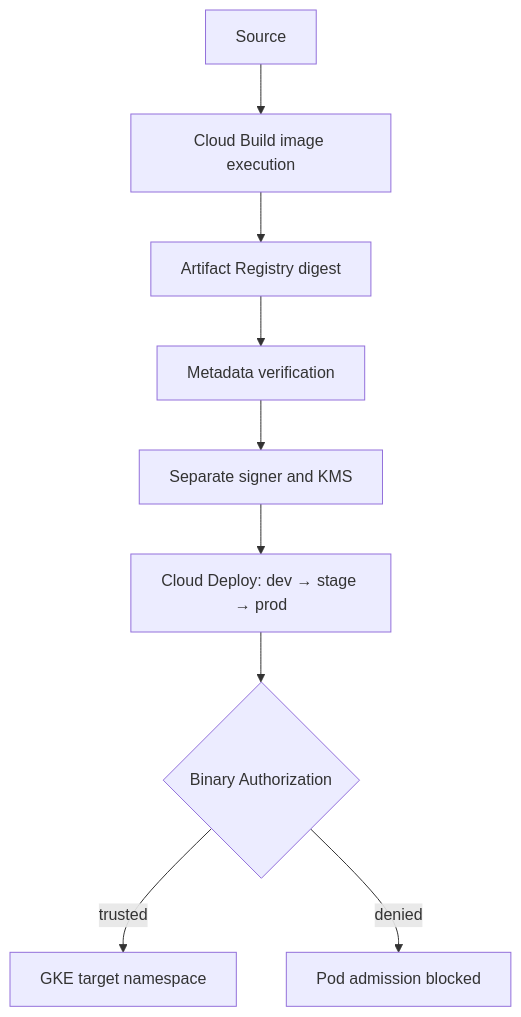
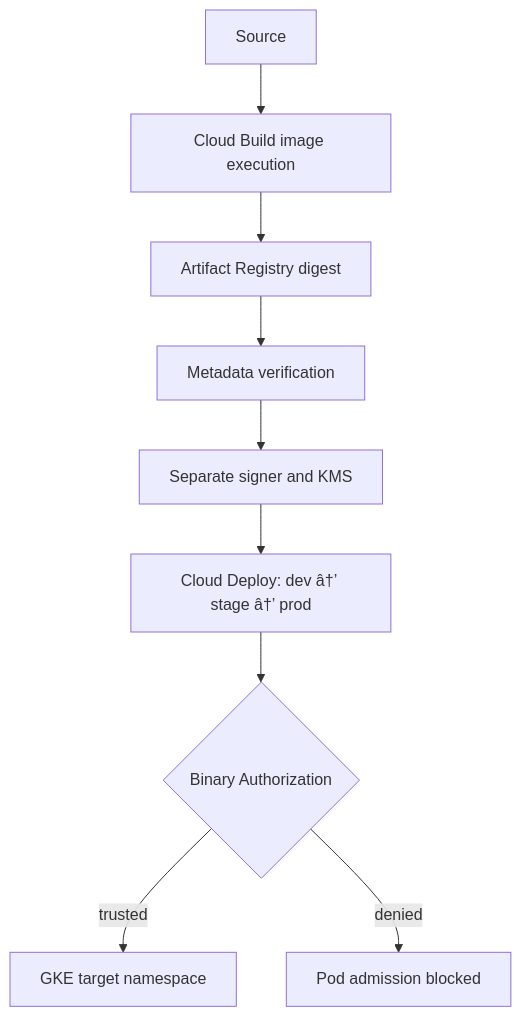
The diagram in README.md (DimitryZH/secure-delivery-platform), drawn with Mermaid before and after one commit. The commit also changed other lines of this file and 15 other files, not shown here.

````diff
--- a/README.md
+++ b/README.md
@@ -5,11 +5,11 @@
 ```mermaid
 flowchart TB
     Source[Source] --> Build[Cloud Build image execution]
     Build --> Registry[Artifact Registry digest]
     Registry --> Verify[Metadata verification]
     Verify --> Sign[Separate signer and KMS]
-    Sign --> Deploy[Cloud Deploy: dev → stage → prod]
+    Sign --> Deploy[Cloud Deploy: dev â†’ stage â†’ prod]
     Deploy --> Admission{Binary Authorization}
     Admission -->|trusted| Runtime[GKE target namespace]
     Admission -->|denied| Blocked[Pod admission blocked]
 ```
````
